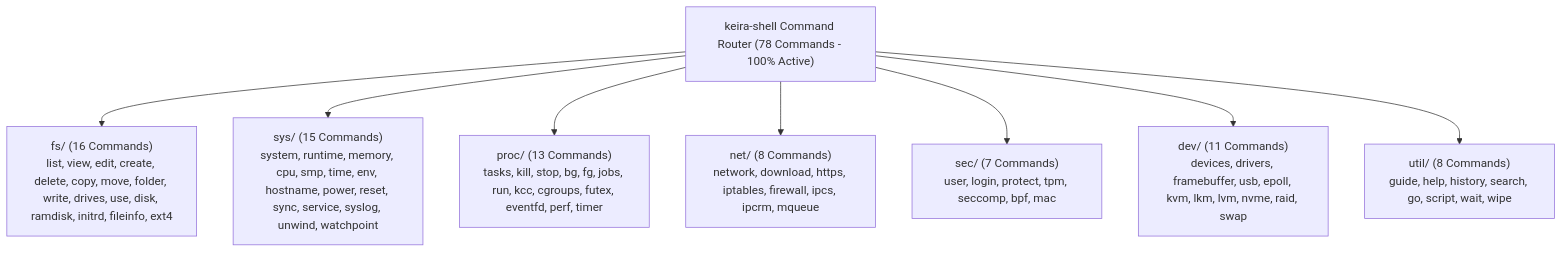
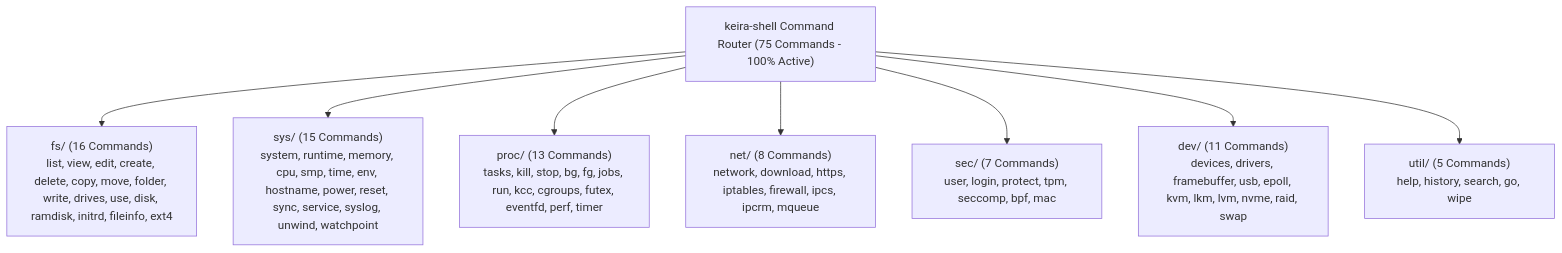
The diagram in docs/shell/commands/README.md (mrvlous/keira), drawn with Mermaid before and after one commit. The commit also changed other lines of this file and 28 other files, not shown here.

````diff
--- a/docs/shell/commands/README.md
+++ b/docs/shell/commands/README.md
@@ -11,10 +11,10 @@
 ```mermaid
 graph TD
-    Shell["keira-shell Command Router (78 Commands - 100% Active)"] --> FS["fs/ (16 Commands)<br/>list, view, edit, create, delete, copy, move, folder, write, drives, use, disk, ramdisk, initrd, fileinfo, ext4"]
+    Shell["keira-shell Command Router (75 Commands - 100% Active)"] --> FS["fs/ (16 Commands)<br/>list, view, edit, create, delete, copy, move, folder, write, drives, use, disk, ramdisk, initrd, fileinfo, ext4"]
     Shell --> Sys["sys/ (15 Commands)<br/>system, runtime, memory, cpu, smp, time, env, hostname, power, reset, sync, service, syslog, unwind, watchpoint"]
     Shell --> Proc["proc/ (13 Commands)<br/>tasks, kill, stop, bg, fg, jobs, run, kcc, cgroups, futex, eventfd, perf, timer"]
     Shell --> Net["net/ (8 Commands)<br/>network, download, https, iptables, firewall, ipcs, ipcrm, mqueue"]
     Shell --> Sec["sec/ (7 Commands)<br/>user, login, protect, tpm, seccomp, bpf, mac"]
     Shell --> Dev["dev/ (11 Commands)<br/>devices, drivers, framebuffer, usb, epoll, kvm, lkm, lvm, nvme, raid, swap"]
-    Shell --> Util["util/ (8 Commands)<br/>guide, help, history, search, go, script, wait, wipe"]
+    Shell --> Util["util/ (5 Commands)<br/>help, history, search, go, wipe"]
 ```
````
